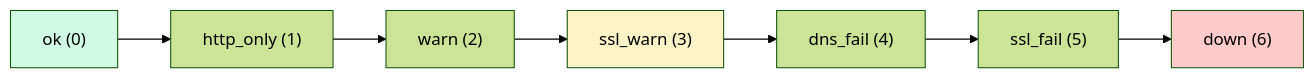
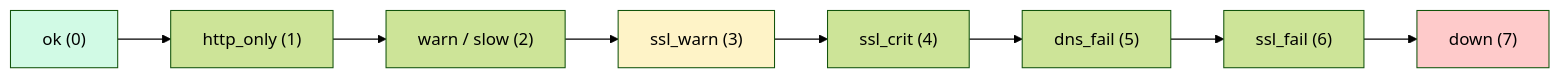
One commit to hubertba/website-health changed the fifth of 6 diagrams in requirements-docs/diagrams.rst. Above: the diagram before and after it, drawn with Mermaid (forest theme). The commit also changed other lines of this file and 20 other files, not shown here.

```diff
--- a/requirements-docs/diagrams.rst
+++ b/requirements-docs/diagrams.rst
@@ -142,13 +146,14 @@
 .. mermaid::
 
    flowchart LR
      ok["ok (0)"] --> http_only["http_only (1)"]
-     http_only --> warn["warn (2)"]
+     http_only --> warn["warn / slow (2)"]
      warn --> ssl_warn["ssl_warn (3)"]
-     ssl_warn --> dns_fail["dns_fail (4)"]
-     dns_fail --> ssl_fail["ssl_fail (5)"]
-     ssl_fail --> down["down (6)"]
+     ssl_warn --> ssl_crit["ssl_crit (4)"]
+     ssl_crit --> dns_fail["dns_fail (5)"]
+     dns_fail --> ssl_fail["ssl_fail (6)"]
+     ssl_fail --> down["down (7)"]
 
      style ok fill:#d1fae5
      style down fill:#fecaca
      style ssl_warn fill:#fef3c7
```
